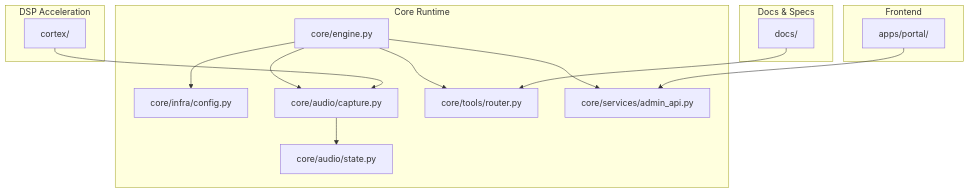
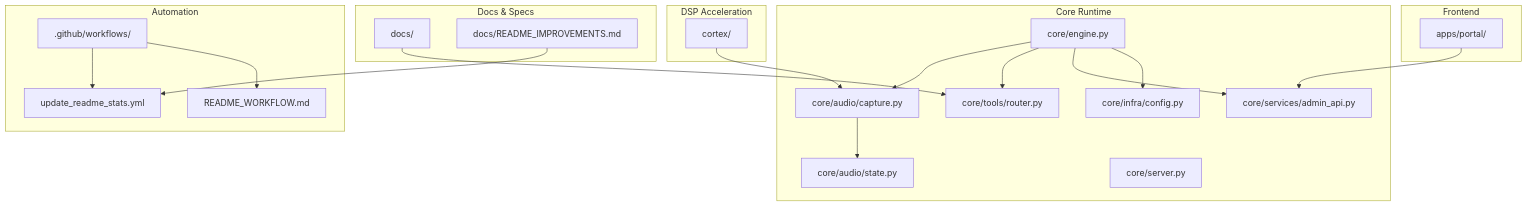
The first of 12 diagrams in .qoder/repowiki/en/content/Developer Guide.md (Moeabdelaziz007/Aether-Voice-OS), drawn with Mermaid before and after one commit. The commit also changed other lines of this file and 10 other files, not shown here.

````diff
--- a/.qoder/repowiki/en/content/Developer Guide.md
+++ b/.qoder/repowiki/en/content/Developer Guide.md
@@ -57,28 +69,38 @@
 ```mermaid
 graph TB
 subgraph "Core Runtime"
 CORE["core/engine.py"]
 CFG["core/infra/config.py"]
 AUDIO["core/audio/capture.py"]
 STATE["core/audio/state.py"]
 ROUTER["core/tools/router.py"]
 ADMIN["core/services/admin_api.py"]
+ENDPOINT["core/server.py"]
 end
 subgraph "Frontend"
 PORTAL["apps/portal/"]
 end
 subgraph "DSP Acceleration"
 CORTEX["cortex/"]
 end
 subgraph "Docs & Specs"
 DOCS["docs/"]
+IMPROV["docs/README_IMPROVEMENTS.md"]
+end
+subgraph "Automation"
+WORKFLOW[".github/workflows/"]
+STATS["update_readme_stats.yml"]
+README_DOC["README_WORKFLOW.md"]
 end
 CORE --> AUDIO
 CORE --> ROUTER
 CORE --> ADMIN
 CORE --> CFG
 AUDIO --> STATE
 PORTAL --> ADMIN
 DOCS --> ROUTER
 CORTEX --> AUDIO
+WORKFLOW --> STATS
+WORKFLOW --> README_DOC
+IMPROV --> STATS
 ```
````
